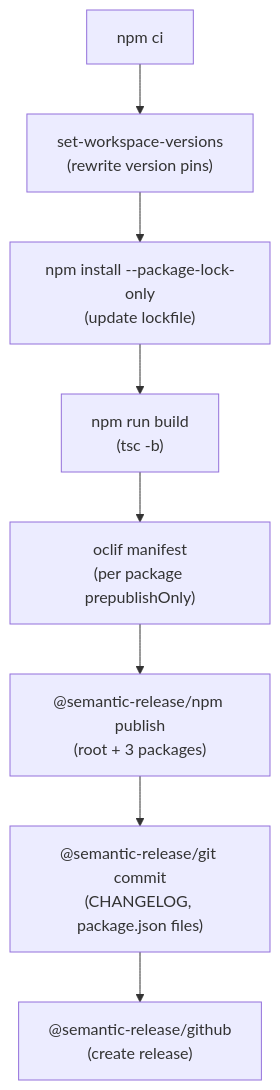
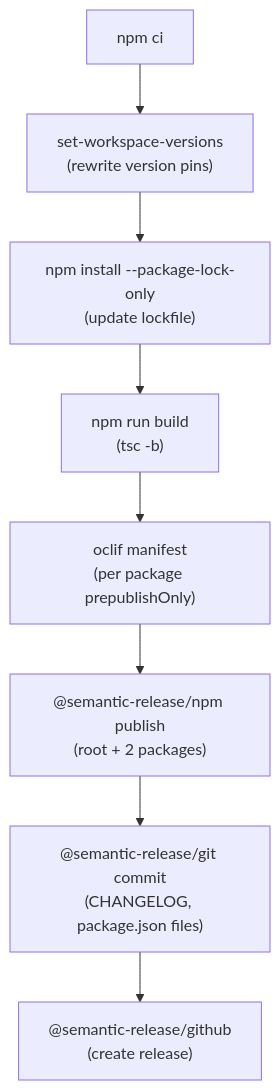
Before and after one commit to mikaelkaron/skills: the second of 3 diagrams in docs/ARCHITECTURE.md, drawn with Mermaid. The commit also changed 5 other files, not shown here.

````diff
--- a/docs/ARCHITECTURE.md
+++ b/docs/ARCHITECTURE.md
@@ -118,10 +118,10 @@
 ```mermaid
 graph TD
   A["npm ci"] --> B["set-workspace-versions\n(rewrite version pins)"]
   B --> C["npm install --package-lock-only\n(update lockfile)"]
   C --> D["npm run build\n(tsc -b)"]
   D --> E["oclif manifest\n(per package prepublishOnly)"]
-  E --> F["@semantic-release/npm publish\n(root + 3 packages)"]
+  E --> F["@semantic-release/npm publish\n(root + 2 packages)"]
   F --> G["@semantic-release/git commit\n(CHANGELOG, package.json files)"]
   G --> H["@semantic-release/github\n(create release)"]
 ```
````
